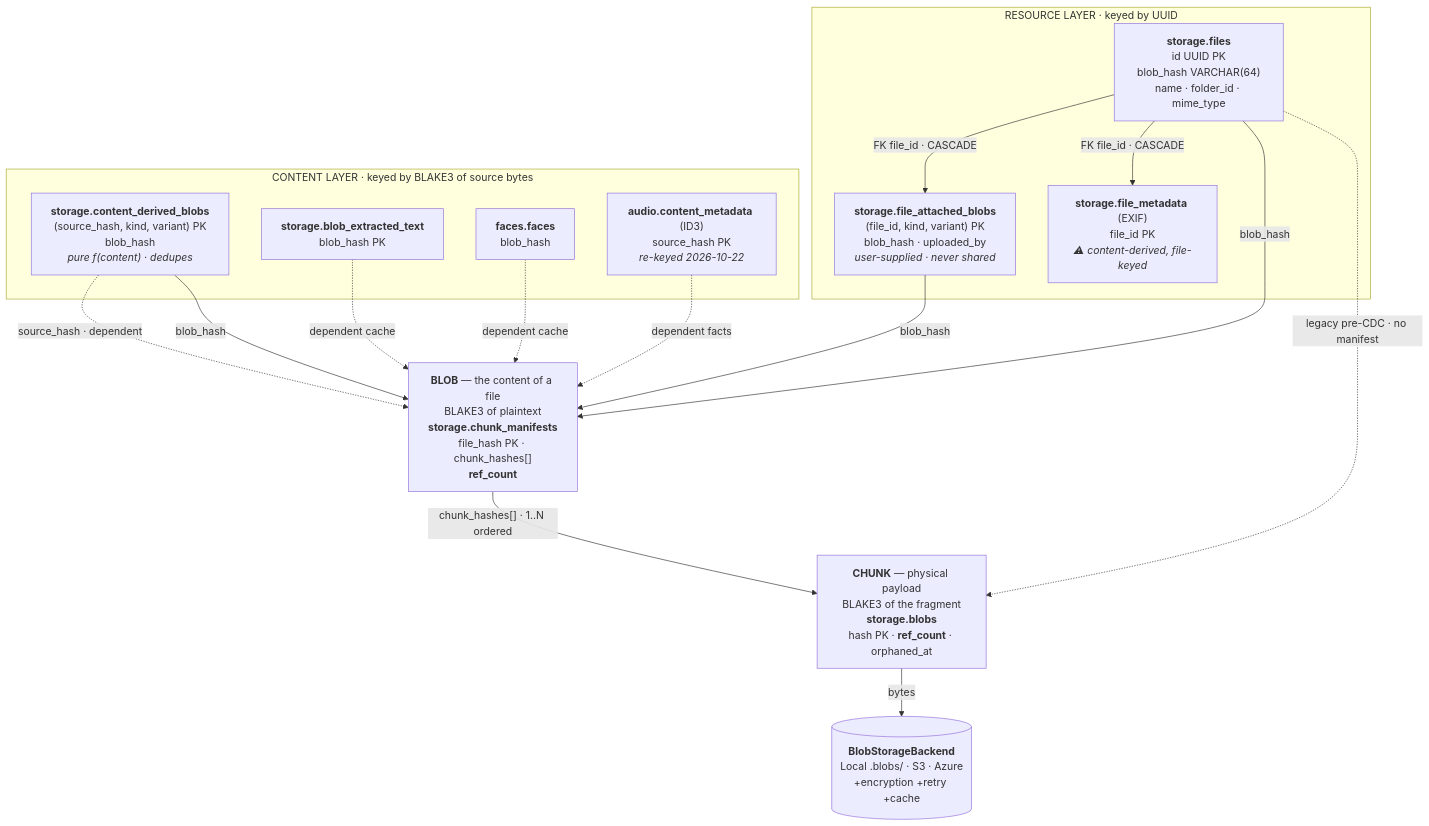
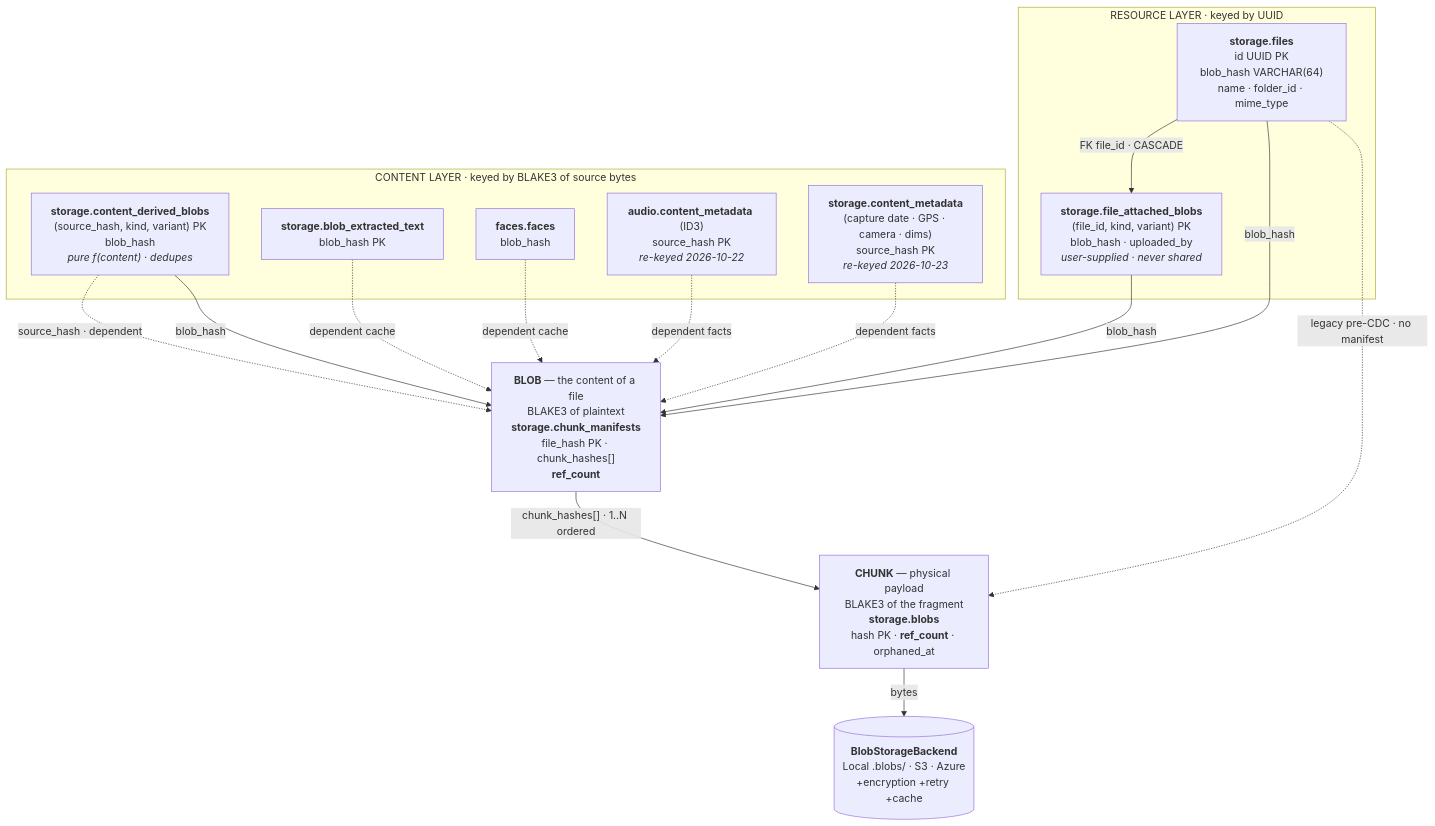
The first of 2 diagrams in docs/plan/derived-blobs.md (AtalayaLabs/OxiCloud), drawn with Mermaid before and after one commit. The commit also changed other lines of this file and 11 other files, not shown here.

````diff
--- a/docs/plan/derived-blobs.md
+++ b/docs/plan/derived-blobs.md
@@ -111,32 +111,32 @@
 ```mermaid
 flowchart TB
   subgraph RES["RESOURCE LAYER · keyed by UUID"]
     FILES["<b>storage.files</b><br/>id UUID PK<br/>blob_hash VARCHAR(64)<br/>name · folder_id · mime_type"]
     FAB["<b>storage.file_attached_blobs</b><br/>(file_id, kind, variant) PK<br/>blob_hash · uploaded_by<br/><i>user-supplied · never shared</i>"]
-    FMD["<b>storage.file_metadata</b> (EXIF)<br/>file_id PK<br/><i>⚠ content-derived, file-keyed</i>"]
   end
 
   subgraph CON["CONTENT LAYER · keyed by BLAKE3 of source bytes"]
     CDB["<b>storage.content_derived_blobs</b><br/>(source_hash, kind, variant) PK<br/>blob_hash<br/><i>pure f(content) · dedupes</i>"]
     BET["<b>storage.blob_extracted_text</b><br/>blob_hash PK"]
     FACES["<b>faces.faces</b><br/>blob_hash"]
     ACM["<b>audio.content_metadata</b> (ID3)<br/>source_hash PK<br/><i>re-keyed 2026-10-22</i>"]
+    SCM["<b>storage.content_metadata</b><br/>(capture date · GPS · camera · dims)<br/>source_hash PK<br/><i>re-keyed 2026-10-23</i>"]
   end
 
   BLOB["<b>BLOB</b> — the content of a file<br/>BLAKE3 of plaintext<br/><b>storage.chunk_manifests</b><br/>file_hash PK · chunk_hashes[]<br/><b>ref_count</b>"]
   CHUNK["<b>CHUNK</b> — physical payload<br/>BLAKE3 of the fragment<br/><b>storage.blobs</b><br/>hash PK · <b>ref_count</b> · orphaned_at"]
   BACKEND[("<b>BlobStorageBackend</b><br/>Local .blobs/ · S3 · Azure<br/>+encryption +retry +cache")]
 
   FILES -->|"FK file_id · CASCADE"| FAB
-  FILES -->|"FK file_id · CASCADE"| FMD
   FILES -->|"blob_hash"| BLOB
   FILES -.->|"legacy pre-CDC · no manifest"| CHUNK
   CDB -.->|"source_hash · dependent"| BLOB
   CDB -->|"blob_hash"| BLOB
   FAB -->|"blob_hash"| BLOB
   BET -.->|"dependent cache"| BLOB
   FACES -.->|"dependent cache"| BLOB
   ACM -.->|"dependent facts"| BLOB
+  SCM -.->|"dependent facts"| BLOB
   BLOB -->|"chunk_hashes[] · 1..N ordered"| CHUNK
   CHUNK -->|bytes| BACKEND
 ```
````
